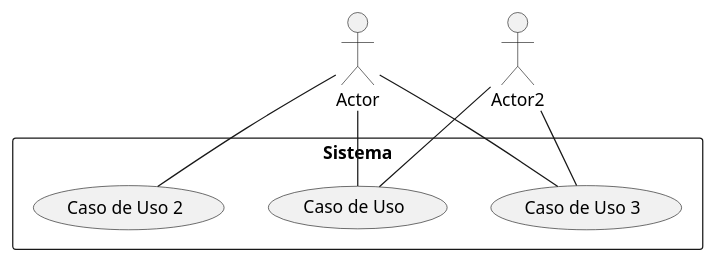
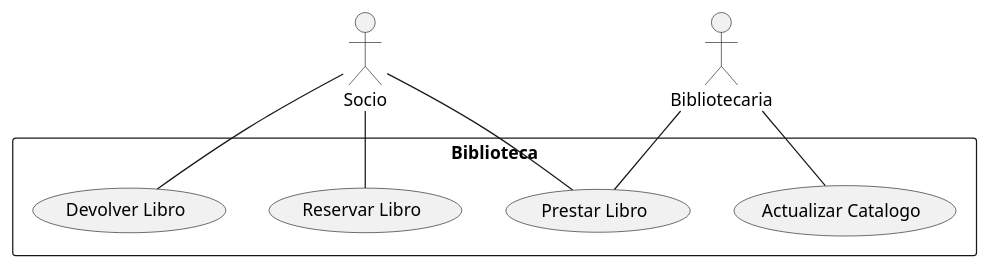
Before and after one commit to erentitan4512/Carlos-Arroyo-Galan-Casos-de-Uso-UML2: the diagram in src/Test.puml, drawn with PlantUML. The commit also changed 1 other file, not shown here.

```diff
--- a/src/Test.puml
+++ b/src/Test.puml
@@ -1,14 +1,15 @@
 @startuml
-:Actor:
-:Actor2:
-rectangle Sistema {
-  usecase "Caso de Uso" as C1
-  usecase "Caso de Uso 2" as C2
-  usecase "Caso de Uso 3" as C3
+:Socio:
+:Bibliotecaria:
+rectangle Biblioteca {
+  usecase "Reservar Libro" as C1
+  usecase "Prestar Libro" as C2
+  usecase "Devolver Libro" as C3
+  usecase "Actualizar Catalogo" as C4
 }
-:Actor: -- C1
-:Actor: -- C2
-:Actor: -- C3
-:Actor2: -- C1
-:Actor2: -- C3
+:Socio: -- C1
+:Socio: -- C2
+:Socio: -- C3
+:Bibliotecaria: -- C2
+:Bibliotecaria: -- C4
 @enduml
```
